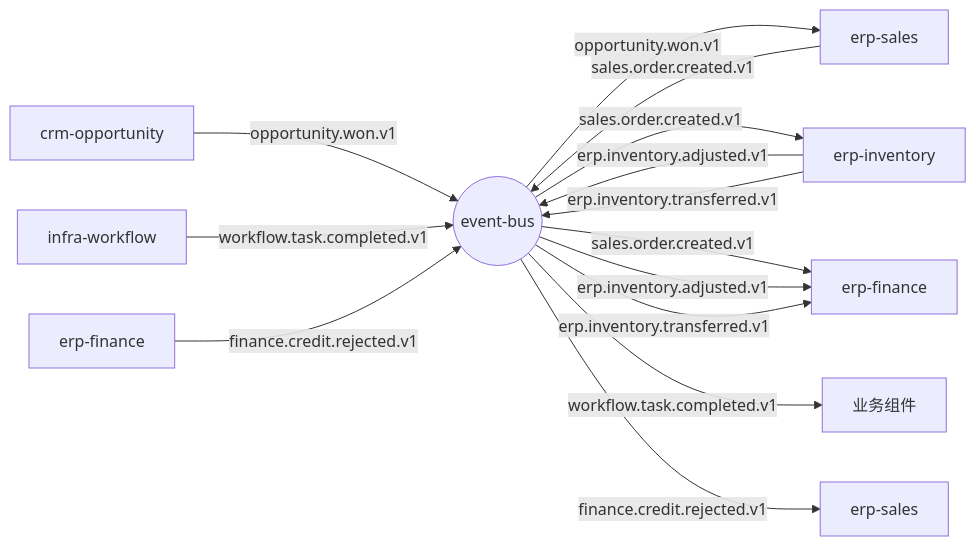
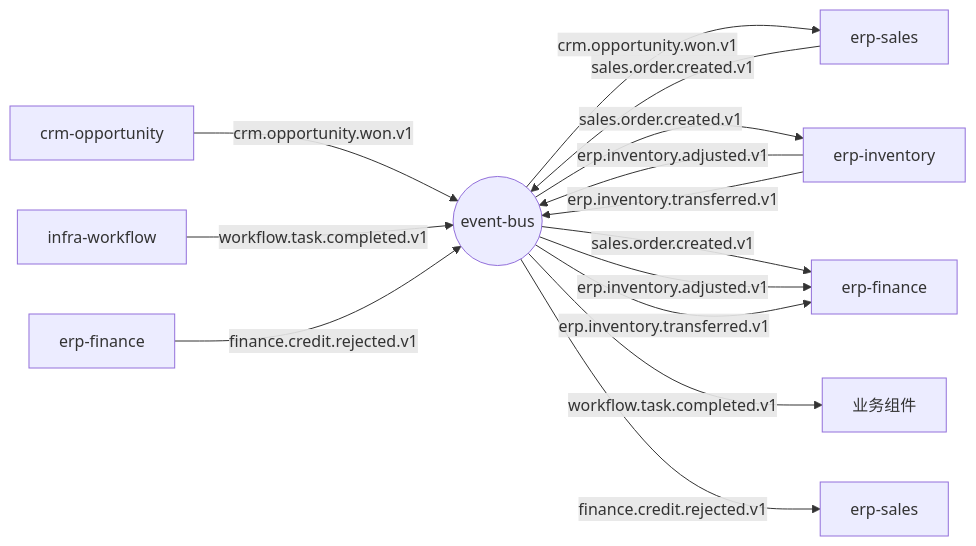
One commit to brickKit/be-assembly-standard changed the third of 9 diagrams in BrickEnterprise 设计书.md. Above: the diagram before and after it, drawn with Mermaid. The commit also changed other lines of this file and 1 other file, not shown here.

````diff
--- a/BrickEnterprise 设计书.md
+++ b/BrickEnterprise 设计书.md
@@ -872,17 +906,17 @@
 ```mermaid
 flowchart LR
     BUS((event-bus))
-    CRM_OPP[crm-opportunity] -->|opportunity.won.v1| BUS
-    BUS -->|opportunity.won.v1| ERP_SALES[erp-sales]
+    CRM_OPP[crm-opportunity] -->|crm.opportunity.won.v1| BUS
+    BUS -->|crm.opportunity.won.v1| ERP_SALES[erp-sales]
     ERP_SALES -->|sales.order.created.v1| BUS
     BUS -->|sales.order.created.v1| ERP_INV[erp-inventory]
     BUS -->|sales.order.created.v1| ERP_FIN[erp-finance]
     ERP_INV -->|erp.inventory.adjusted.v1| BUS
     BUS -->|erp.inventory.adjusted.v1| ERP_FIN
     ERP_INV -->|erp.inventory.transferred.v1| BUS
     BUS -->|erp.inventory.transferred.v1| ERP_FIN
     WF[infra-workflow] -->|workflow.task.completed.v1| BUS
     BUS -->|workflow.task.completed.v1| BIZ[业务组件]
     FIN[erp-finance] -->|finance.credit.rejected.v1| BUS
     BUS -->|finance.credit.rejected.v1| SALES2[erp-sales]
 ```
````
